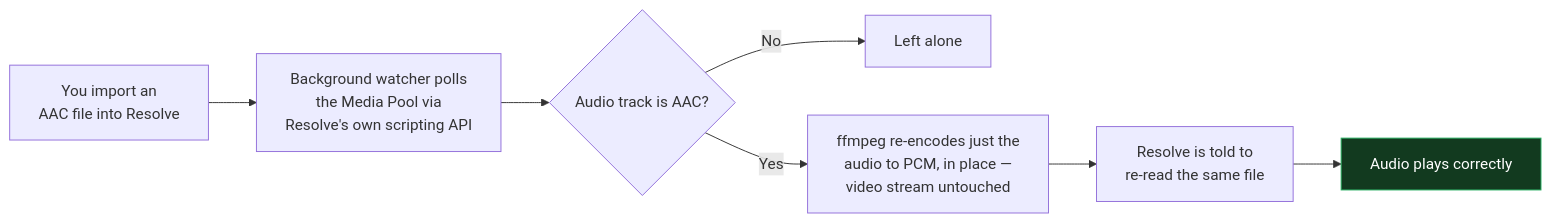
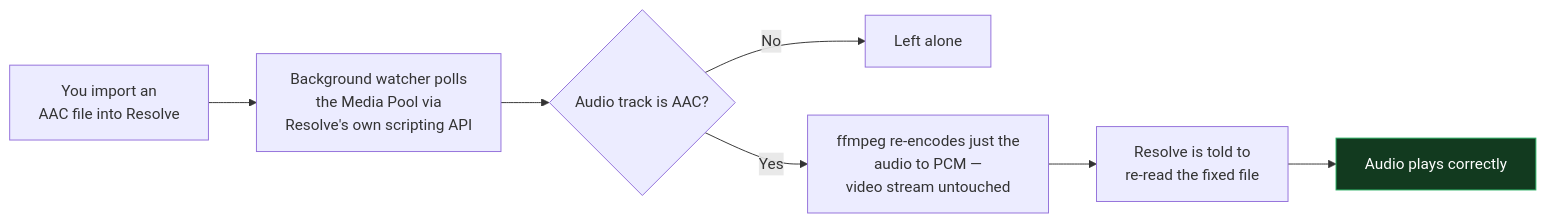
One commit to broskisworld/davinci-aac-support changed the second of 2 diagrams in README.md. Above: the diagram before and after it, drawn with Mermaid. The commit also changed other lines of this file and 13 other files, not shown here.

````diff
--- a/README.md
+++ b/README.md
@@ -37,11 +33,11 @@
 ```mermaid
 flowchart LR
     A["You import an<br/>AAC file into Resolve"] --> B["Background watcher polls<br/>the Media Pool via<br/>Resolve's own scripting API"]
     B --> C{"Audio track is AAC?"}
     C -->|No| D["Left alone"]
-    C -->|Yes| E["ffmpeg re-encodes just the<br/>audio to PCM, in place —<br/>video stream untouched"]
-    E --> F["Resolve is told to<br/>re-read the same file"]
+    C -->|Yes| E["ffmpeg re-encodes just the<br/>audio to PCM —<br/>video stream untouched"]
+    E --> F["Resolve is told to<br/>re-read the fixed file"]
     F --> G["Audio plays correctly"]
 
     style G fill:#123a1f,stroke:#27ae60,color:#fff
 ```
````
